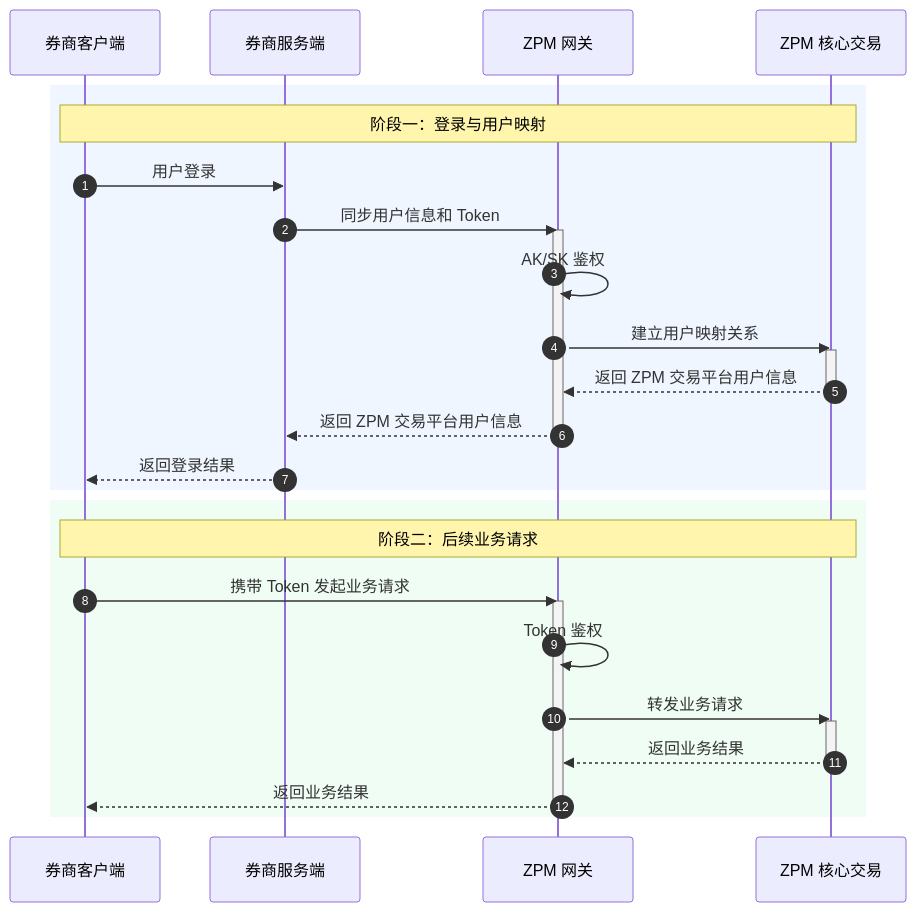
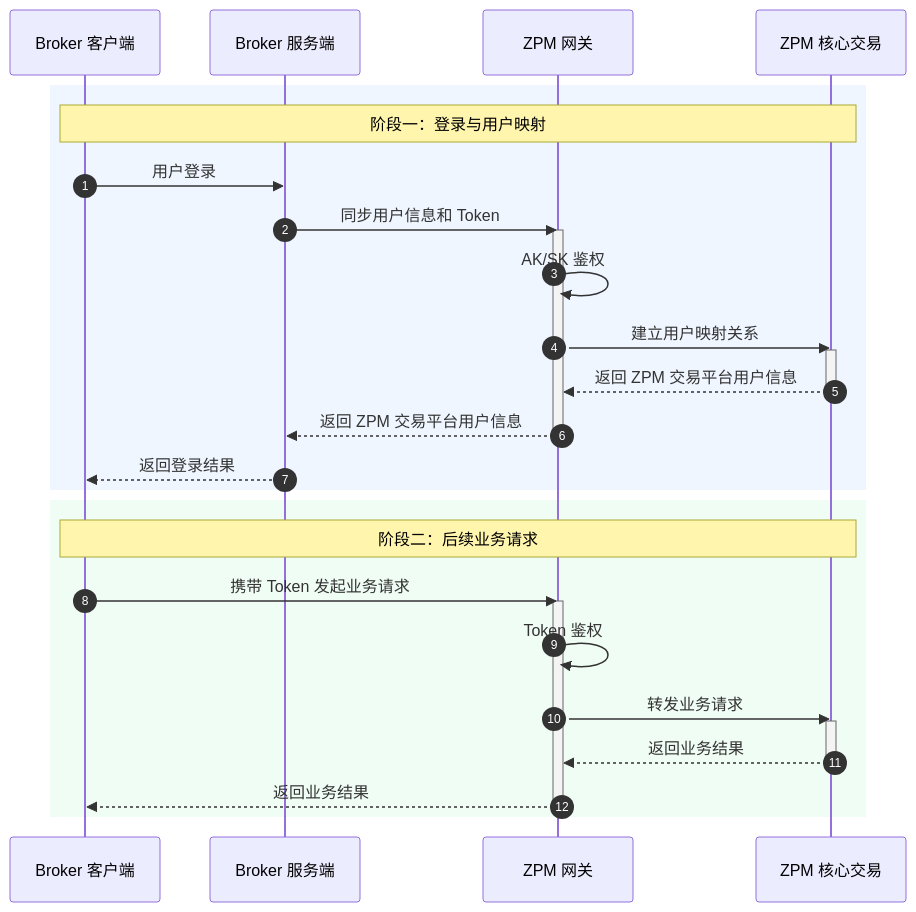
One commit to topblast-trade/docs changed the diagram in cn/broker/guide/introduction.mdx. Above: the diagram before and after it, drawn with Mermaid.

````diff
--- a/cn/broker/guide/introduction.mdx
+++ b/cn/broker/guide/introduction.mdx
@@ -41,39 +41,39 @@
 ```mermaid
 sequenceDiagram
     autonumber
 
-    participant BrokerClient as 券商客户端
-    participant BrokerServer as 券商服务端
+    participant BrokerClient as Broker 客户端
+    participant BrokerServer as Broker 服务端
     participant Gateway as ZPM 网关
     participant Core as ZPM 核心交易
 
     rect rgb(239, 246, 255)
         Note over BrokerClient,Core: 阶段一：登录与用户映射
 
         BrokerClient->>BrokerServer: 用户登录
         BrokerServer->>Gateway: 同步用户信息和 Token
         activate Gateway
         Gateway->>Gateway: AK/SK 鉴权
         Gateway->>Core: 建立用户映射关系
         activate Core
         Core-->>Gateway: 返回 ZPM 交易平台用户信息
         deactivate Core
         Gateway-->>BrokerServer: 返回 ZPM 交易平台用户信息
         deactivate Gateway
         BrokerServer-->>BrokerClient: 返回登录结果
     end
 
     rect rgb(240, 253, 244)
         Note over BrokerClient,Core: 阶段二：后续业务请求
 
         BrokerClient->>Gateway: 携带 Token 发起业务请求
         activate Gateway
         Gateway->>Gateway: Token 鉴权
         Gateway->>Core: 转发业务请求
         activate Core
         Core-->>Gateway: 返回业务结果
         deactivate Core
         Gateway-->>BrokerClient: 返回业务结果
         deactivate Gateway
     end
 ```
````
